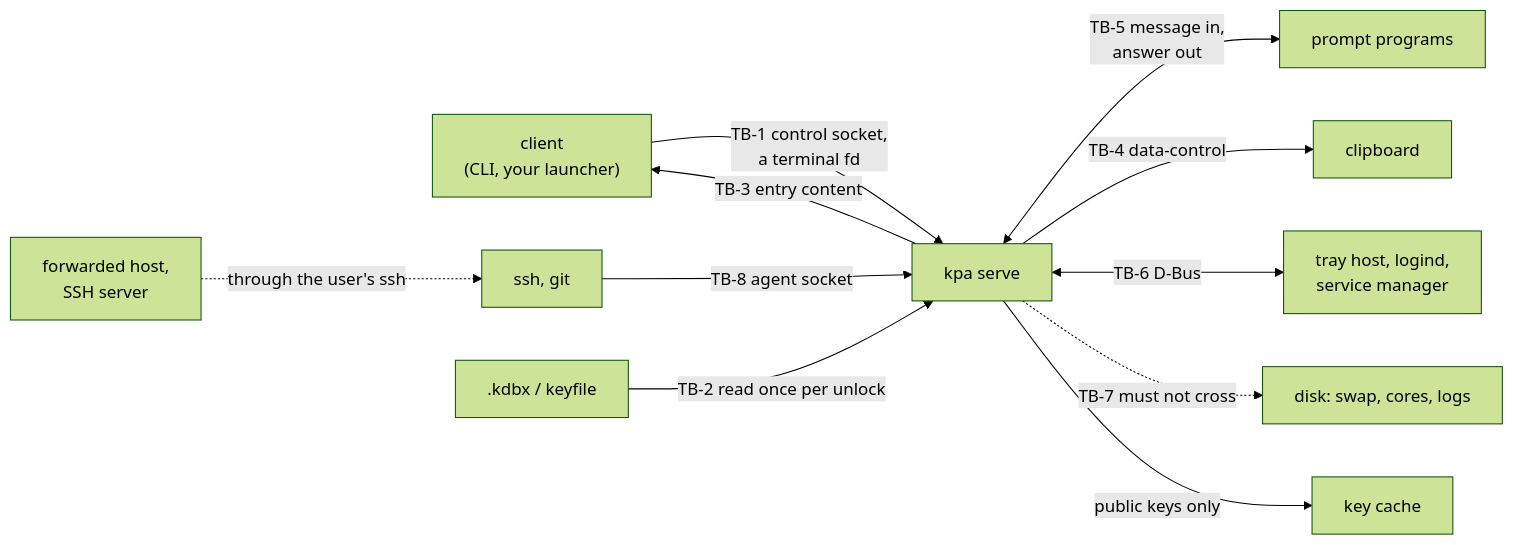
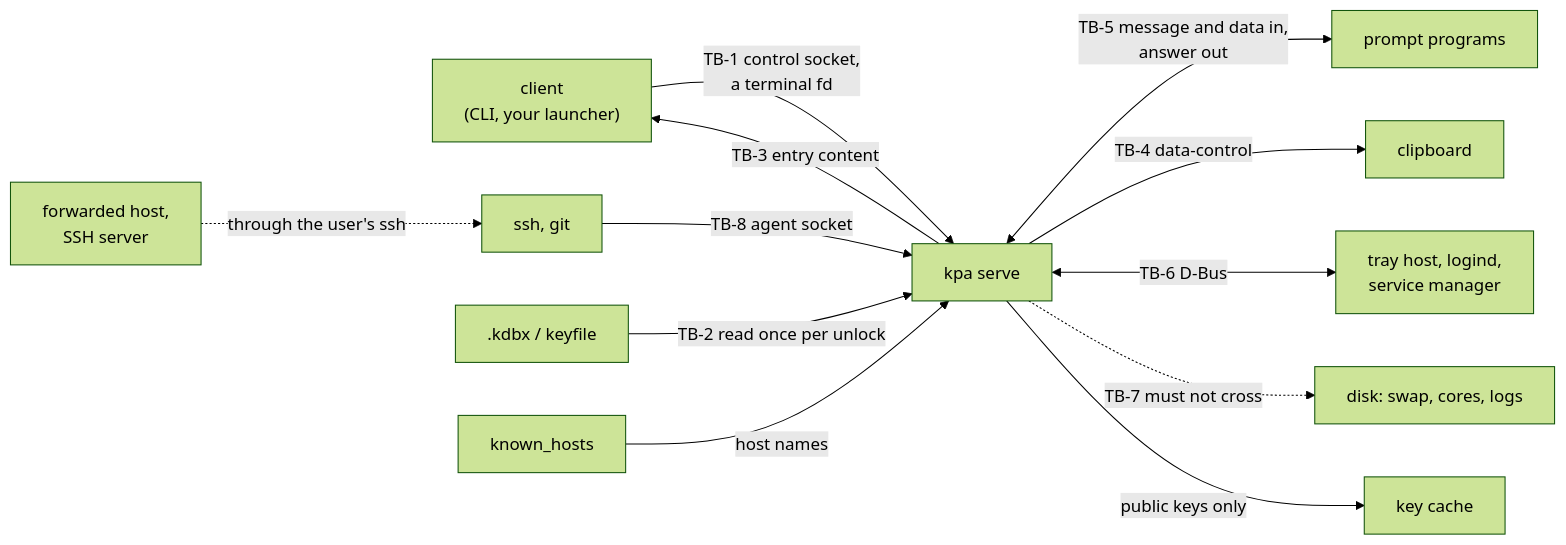
One commit to n6g7/kpa changed the diagram in docs/threat-model.md. Above: the diagram before and after it, drawn with Mermaid (forest theme). The commit also changed other lines of this file and 3 other files, not shown here.

First line of the commit message:
docs(threat-model): cover forwarded signing, host naming and prompt data

````diff
--- a/docs/threat-model.md
+++ b/docs/threat-model.md
@@ -39,13 +43,14 @@
 ```mermaid
 graph LR
     client["client<br/>(CLI, your launcher)"] -->|"TB-1 control socket,<br/>a terminal fd"| serve["kpa serve"]
     ssh["ssh, git"] -->|"TB-8 agent socket"| serve
     remote["forwarded host,<br/>SSH server"] -.->|"through the user's ssh"| ssh
     file[".kdbx / keyfile"] -->|"TB-2 read once per unlock"| serve
-    serve <-->|"TB-5 message in,<br/>answer out"| prompt["prompt programs"]
+    hosts["known_hosts"] -->|"host names"| serve
+    serve <-->|"TB-5 message and data in,<br/>answer out"| prompt["prompt programs"]
     serve -->|"TB-4 data-control"| clip["clipboard"]
     serve <-->|"TB-6 D-Bus"| bus["tray host, logind,<br/>service manager"]
     serve -.->|"TB-7 must not cross"| disk["disk: swap, cores, logs"]
     serve -->|"public keys only"| cache["key cache"]
     serve -->|"TB-3 entry content"| client
 ```
````
